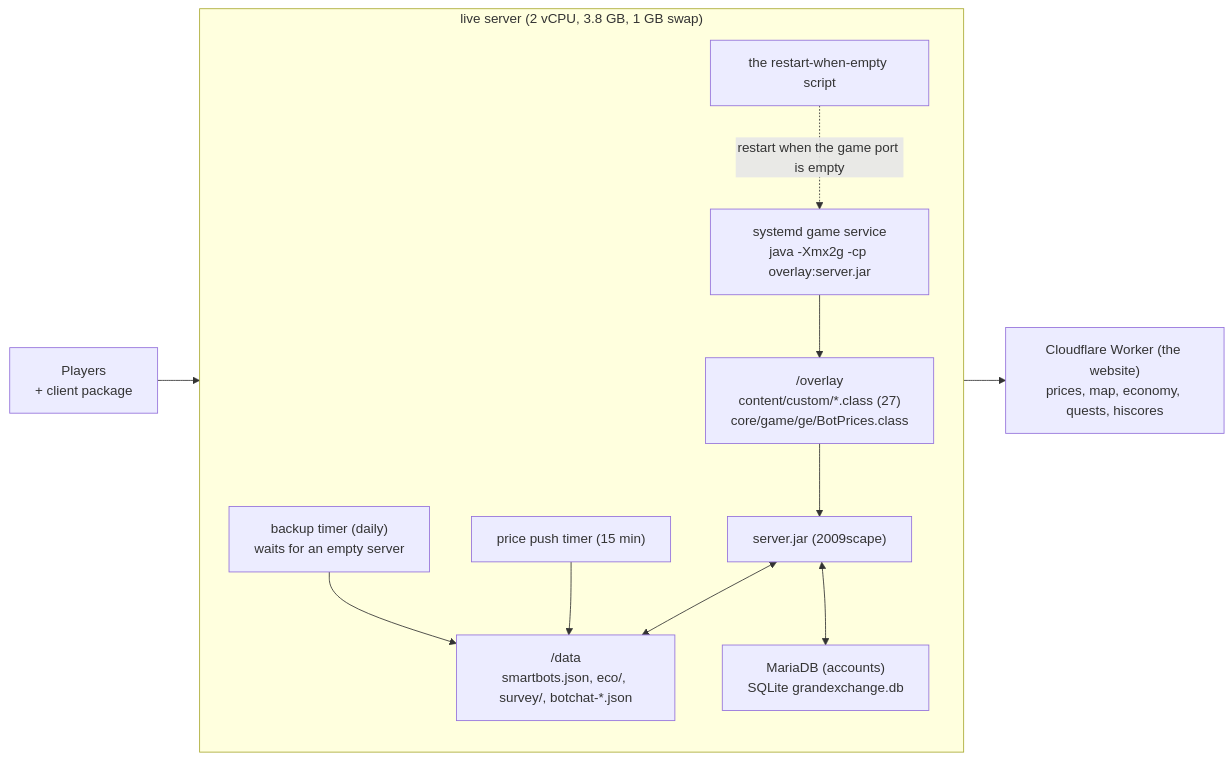
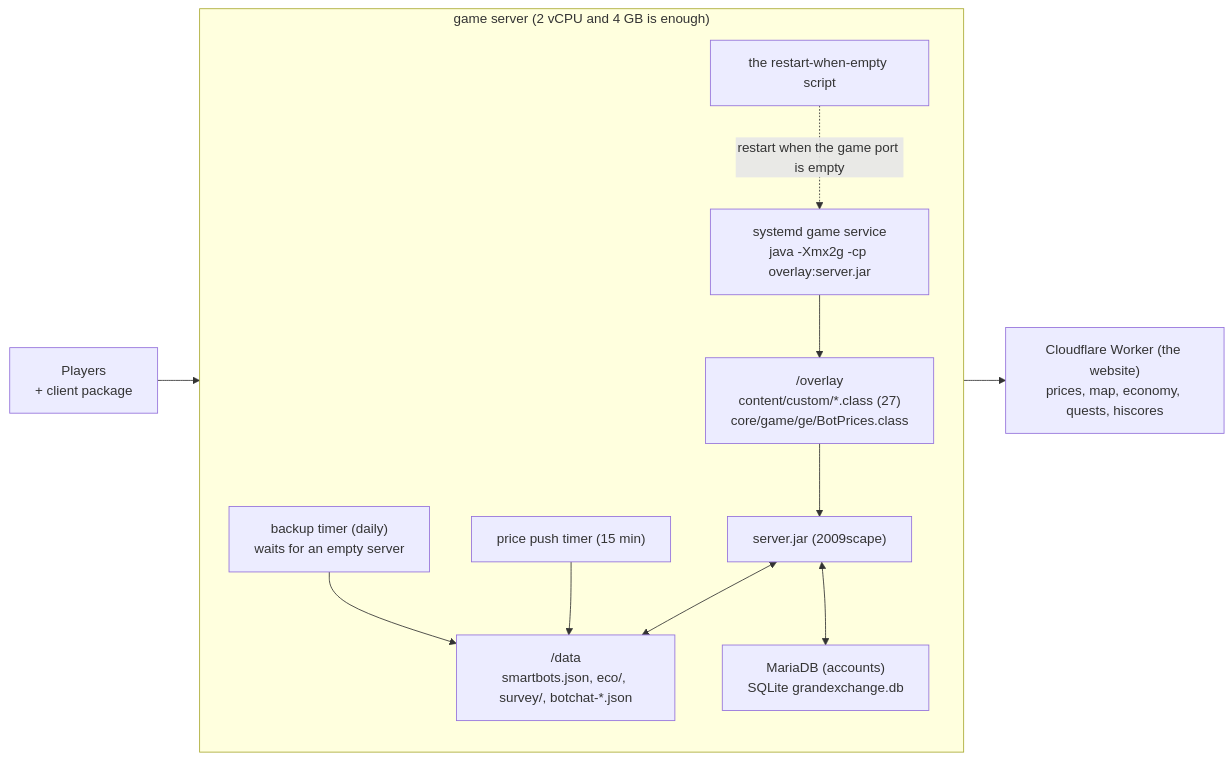
One commit to NotBrendan/2009scape-living-world changed the first of 9 diagrams in docs/TECHNICAL-REFERENCE.md. Above: the diagram before and after it, drawn with Mermaid. The commit also changed other lines of this file and 10 other files, not shown here.

````diff
--- a/docs/TECHNICAL-REFERENCE.md
+++ b/docs/TECHNICAL-REFERENCE.md
@@ -15,23 +15,23 @@
 ```mermaid
 flowchart LR
-  subgraph live server["live server (2 vCPU, 3.8 GB, 1 GB swap)"]
+  subgraph live server["game server (2 vCPU and 4 GB is enough)"]
     direction TB
     SD["systemd game service<br/>java -Xmx2g -cp overlay:server.jar"]
     OV["<game>/overlay<br/>content/custom/*.class (27)<br/>core/game/ge/BotPrices.class"]
     SRV["server.jar (2009scape)"]
     DATA["<game>/data<br/>smartbots.json, eco/, survey/, botchat-*.json"]
     DB["MariaDB (accounts)<br/>SQLite grandexchange.db"]
     PUSH["price push timer (15 min)"]
     BK["backup timer (daily)<br/>waits for an empty server"]
     WAIT["the restart-when-empty script"]
     SD --> OV --> SRV
     SRV <--> DATA
     SRV <--> DB
     PUSH --> DATA
     BK --> DATA
     WAIT -.restart when the game port is empty.-> SD
   end
   CF["Cloudflare Worker (the website)<br/>prices, map, economy, quests, hiscores"]
   PUSH --> CF
   PL["Players<br/>+ client package"] --> SD
 ```
````
